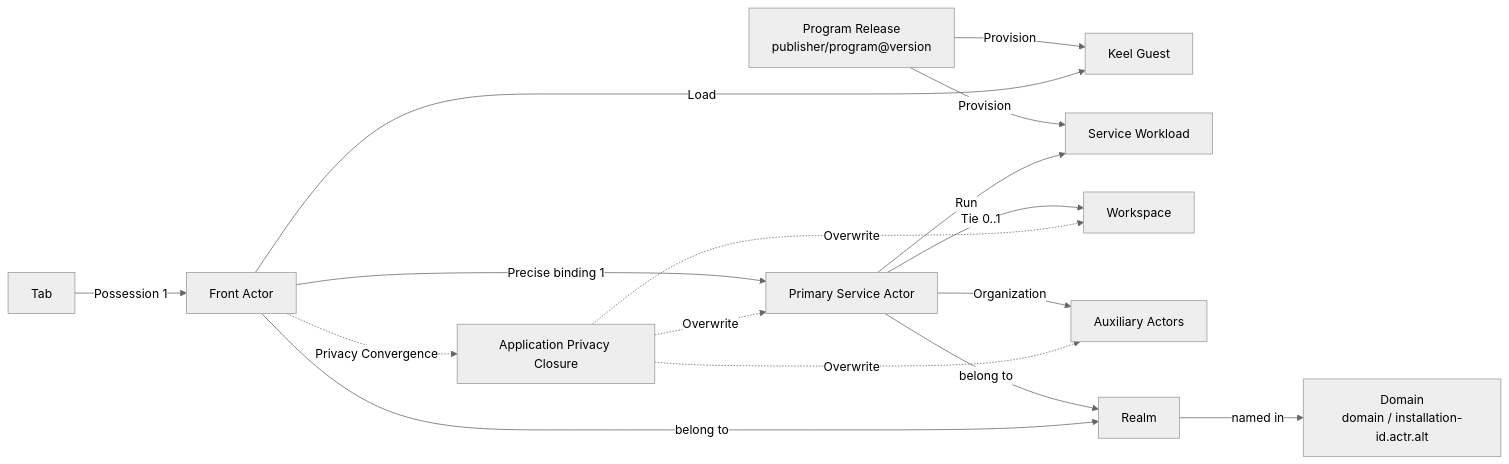
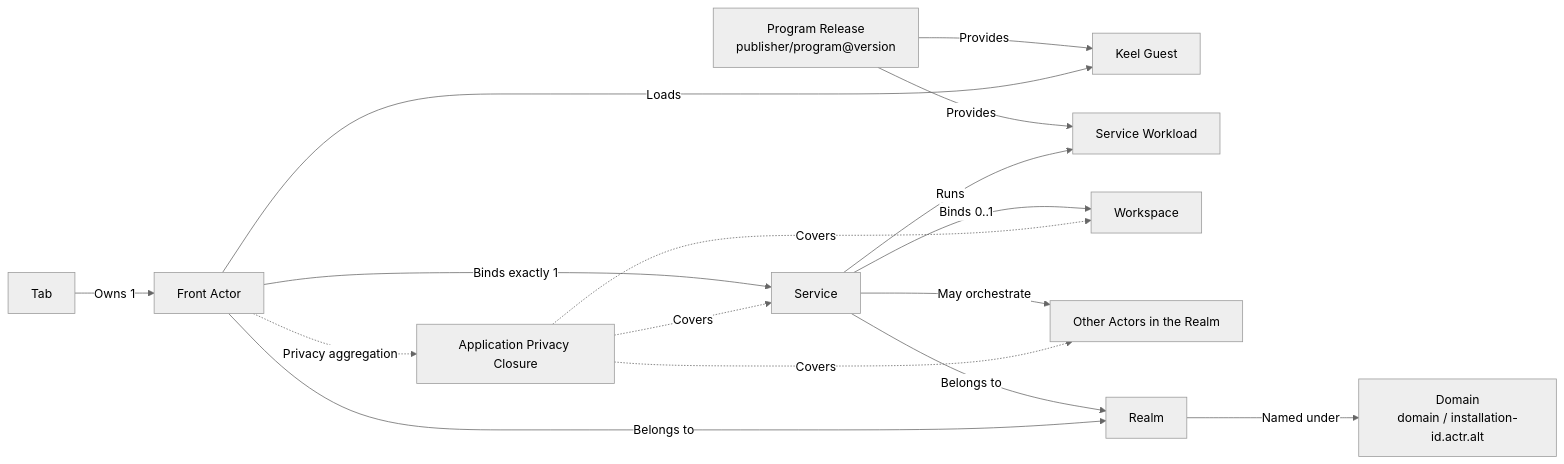
Before and after one commit to Actrium/actrium: the diagram in docs/product/actrium-v1/02-domain-model.md, drawn with Mermaid (neutral theme). The commit also changed other lines of this file and 15 other files, not shown here.

````diff
--- a/docs/product/actrium-v1/02-domain-model.md
+++ b/docs/product/actrium-v1/02-domain-model.md
@@ -5,18 +5,18 @@
 ```mermaid
 flowchart LR
-    P["Program Release<br/>publisher/program@version"] -->|Provision| G["Keel Guest"]
-    P -->|Provision| W["Service Workload"]
-    T["Tab"] -->|Possession 1| F["Front Actor"]
-    F -->|Load| G
-    F -->|Precise binding 1| S["Primary Service Actor"]
-    S -->|Run| W
-    S -->|Tie 0..1| WS["Workspace"]
-    S -->|Organization| A["Auxiliary Actors"]
-    S -->|belong to| R["Realm"]
-    F -->|belong to| R
-    R -->|named in| NS["Domain<br/>domain / installation-id.actr.alt"]
-    F -.Privacy Convergence.-> PRIV["Application Privacy Closure"]
-    PRIV -.Overwrite.-> S
-    PRIV -.Overwrite.-> A
-    PRIV -.Overwrite.-> WS
+    P["Program Release<br/>publisher/program@version"] -->|Provides| G["Keel Guest"]
+    P -->|Provides| W["Service Workload"]
+    T["Tab"] -->|Owns 1| F["Front Actor"]
+    F -->|Loads| G
+    F -->|Binds exactly 1| S["Service"]
+    S -->|Runs| W
+    S -->|Binds 0..1| WS["Workspace"]
+    S -->|May orchestrate| A["Other Actors in the Realm"]
+    S -->|Belongs to| R["Realm"]
+    F -->|Belongs to| R
+    R -->|Named under| NS["Domain<br/>domain / installation-id.actr.alt"]
+    F -.Privacy aggregation.-> PRIV["Application Privacy Closure"]
+    PRIV -.Covers.-> S
+    PRIV -.Covers.-> A
+    PRIV -.Covers.-> WS
 ```
````
